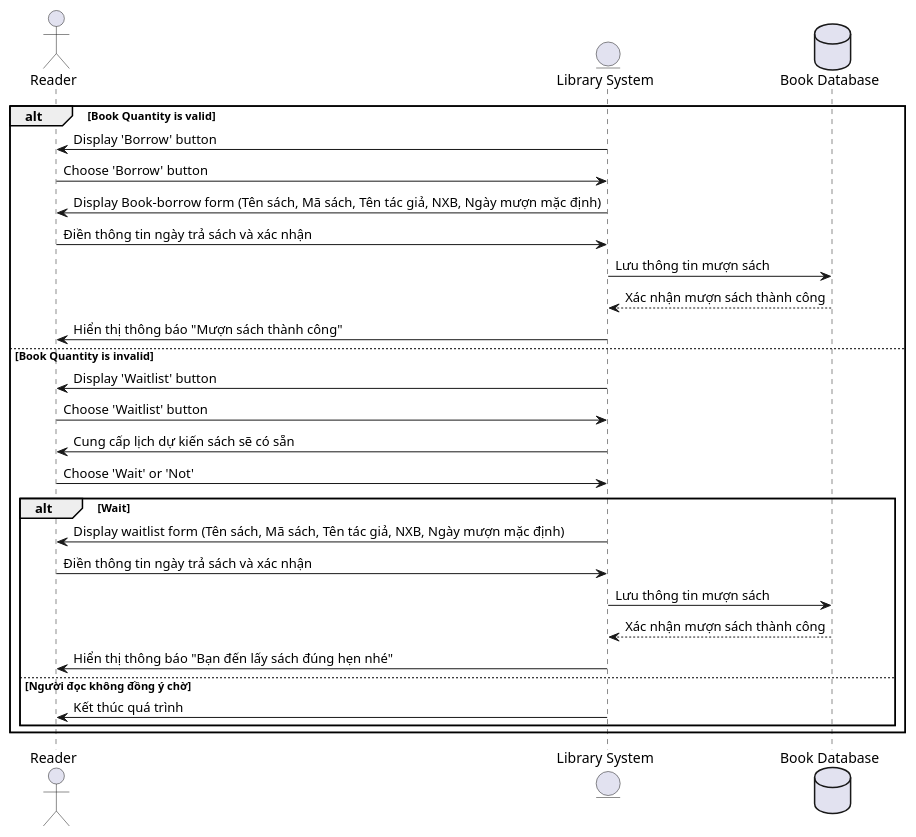
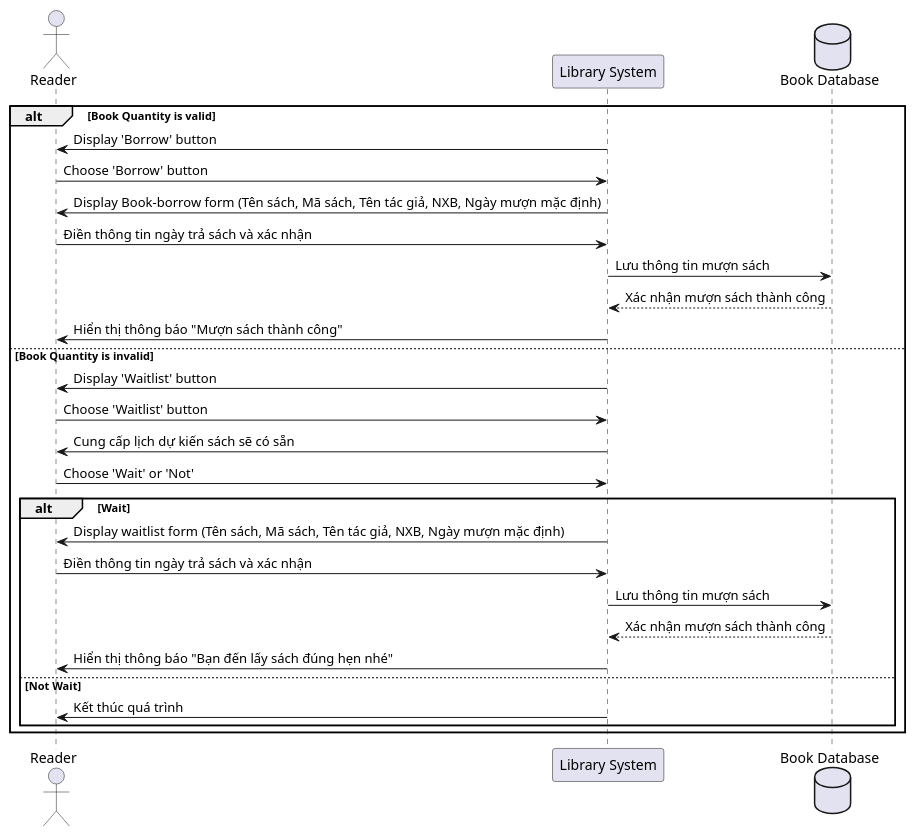
Before and after one commit to DaniGDSC/Diagram: the diagram in use_case/Reader/sequence/borrow_book.puml, drawn with PlantUML. The commit also changed 6 other files, not shown here.

```diff
--- a/use_case/Reader/sequence/borrow_book.puml
+++ b/use_case/Reader/sequence/borrow_book.puml
@@ -1,31 +1,31 @@
 @startuml
 actor "Reader" as reader
-entity "Library System" as system
+participant "Library System" as system
 database "Book Database" as db
 
 alt Book Quantity is valid
 system -> reader : Display 'Borrow' button
 reader -> system : Choose 'Borrow' button
 system -> reader : Display Book-borrow form (Tên sách, Mã sách, Tên tác giả, NXB, Ngày mượn mặc định)
 reader -> system : Điền thông tin ngày trả sách và xác nhận
 system -> db : Lưu thông tin mượn sách
 db --> system : Xác nhận mượn sách thành công
 system -> reader : Hiển thị thông báo "Mượn sách thành công"
 
 else Book Quantity is invalid
 system -> reader : Display 'Waitlist' button
 reader -> system : Choose 'Waitlist' button
 system -> reader : Cung cấp lịch dự kiến sách sẽ có sẵn
 reader -> system : Choose 'Wait' or 'Not'
 alt Wait
     system -> reader : Display waitlist form (Tên sách, Mã sách, Tên tác giả, NXB, Ngày mượn mặc định)
     reader -> system : Điền thông tin ngày trả sách và xác nhận
     system -> db : Lưu thông tin mượn sách
     db --> system : Xác nhận mượn sách thành công
     system -> reader : Hiển thị thông báo "Bạn đến lấy sách đúng hẹn nhé"
-else Người đọc không đồng ý chờ
+else Not Wait
     system -> reader : Kết thúc quá trình
 end
 end
 
 @enduml
```
